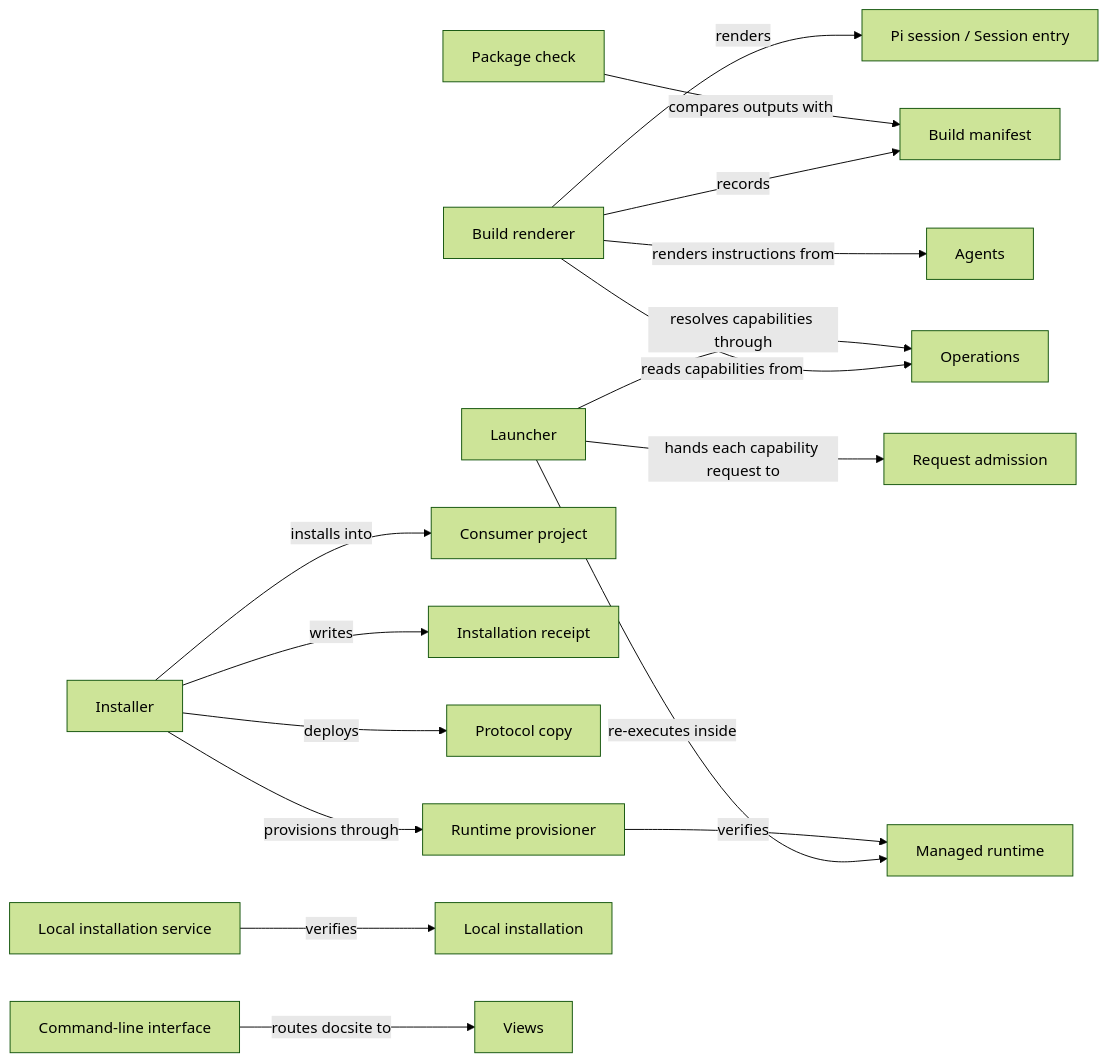
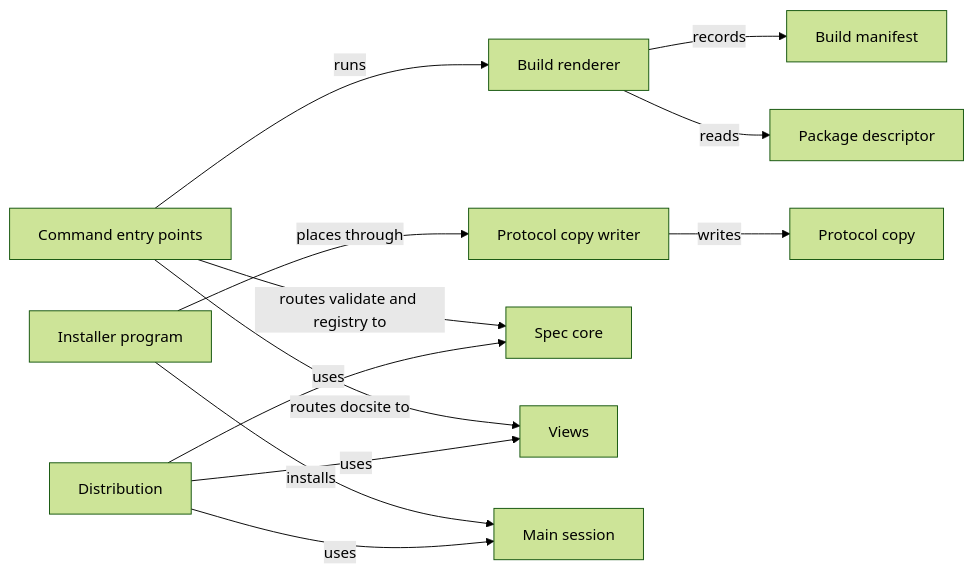
The diagram in specs/concorde/distribution/module.md (FTOD/concorde), drawn with Mermaid (forest theme) before and after one commit. The commit also changed other lines of this file and 666 other files, not shown here.

````diff
--- a/specs/concorde/distribution/module.md
+++ b/specs/concorde/distribution/module.md
@@ -115,20 +140,16 @@
 ```mermaid
 flowchart LR
-    accTitle: Distribution realizations and collaborators
-    accDescr: How the build, the launcher and the installer relate to each other and to their collaborators.
+    accTitle: Distribution structure
+    accDescr: The build renderer reads the package descriptor and records the build manifest; the Protocol copy writer writes the Protocol copy; the command entry points run the build and route commands to Spec core and Views; the installer program places the Protocol copy through the writer and installs the main-session guidance; Distribution uses Spec core, Views and Main session.
     build[Build renderer] -->|records| manifest[Build manifest]
-    build -->|renders| entry[Pi session / Session entry]
-    build -->|renders instructions from| agents[Agents]
-    build -->|reads capabilities from| operations[Operations]
-    check[Package check] -->|compares outputs with| manifest
-    launcher[Launcher] -->|hands each capability request to| admission[Request admission]
-    launcher -->|resolves capabilities through| operations
-    launcher -->|re-executes inside| runtime[Managed runtime]
-    installer[Installer] -->|installs into| consumer[Consumer project]
-    installer -->|writes| receipt[Installation receipt]
-    installer -->|deploys| protocol[Protocol copy]
-    installer -->|provisions through| provisioner[Runtime provisioner]
-    provisioner -->|verifies| runtime
-    service[Local installation service] -->|verifies| local[Local installation]
-    cli[Command-line interface] -->|routes docsite to| views[Views]
+    build -->|reads| descriptor[Package descriptor]
+    writer[Protocol copy writer] -->|writes| copy[Protocol copy]
+    command[Command entry points] -->|runs| build
+    command -->|routes validate and registry to| spec[Spec core]
+    command -->|routes docsite to| views[Views]
+    installer[Installer program] -->|places through| writer
+    installer -->|installs| mainsession[Main session]
+    distribution[Distribution] -->|uses| spec
+    distribution -->|uses| views
+    distribution -->|uses| mainsession
 ```
````
